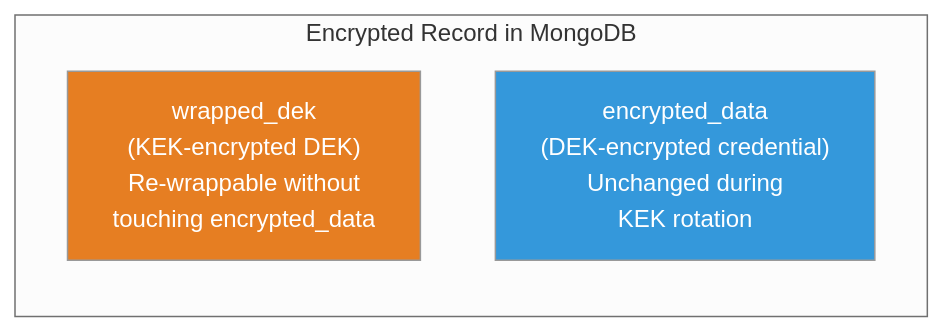
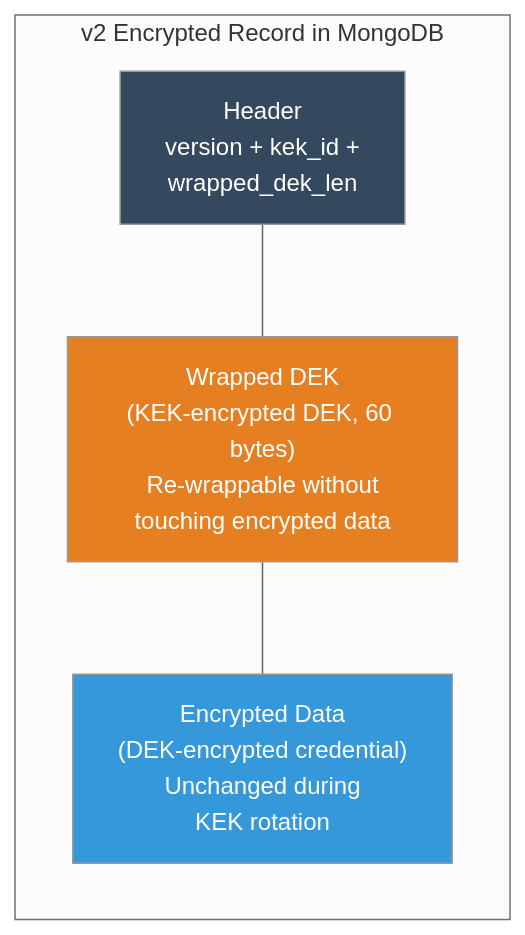
One commit to ChronoAIProject/NyxID changed the ninth of 29 diagrams in docs/ENCRYPTION_ARCHITECTURE.md. Above: the diagram before and after it, drawn with Mermaid (neutral theme). The commit also changed other lines of this file and 8 other files, not shown here.

````diff
--- a/docs/ENCRYPTION_ARCHITECTURE.md
+++ b/docs/ENCRYPTION_ARCHITECTURE.md
@@ -183,10 +286,14 @@
 ```mermaid
 graph LR
-    subgraph "Encrypted Record in MongoDB"
-        WD["wrapped_dek<br/>(KEK-encrypted DEK)<br/>Re-wrappable without<br/>touching encrypted_data"]
-        ED["encrypted_data<br/>(DEK-encrypted credential)<br/>Unchanged during<br/>KEK rotation"]
+    subgraph "v2 Encrypted Record in MongoDB"
+        HD["Header<br/>version + kek_id +<br/>wrapped_dek_len"]
+        WD["Wrapped DEK<br/>(KEK-encrypted DEK, 60 bytes)<br/>Re-wrappable without<br/>touching encrypted data"]
+        ED["Encrypted Data<br/>(DEK-encrypted credential)<br/>Unchanged during<br/>KEK rotation"]
     end
 
+    HD --- WD --- ED
+
+    style HD fill:#34495e,color:#fff
     style WD fill:#e67e22,color:#fff
     style ED fill:#3498db,color:#fff
 ```
````
